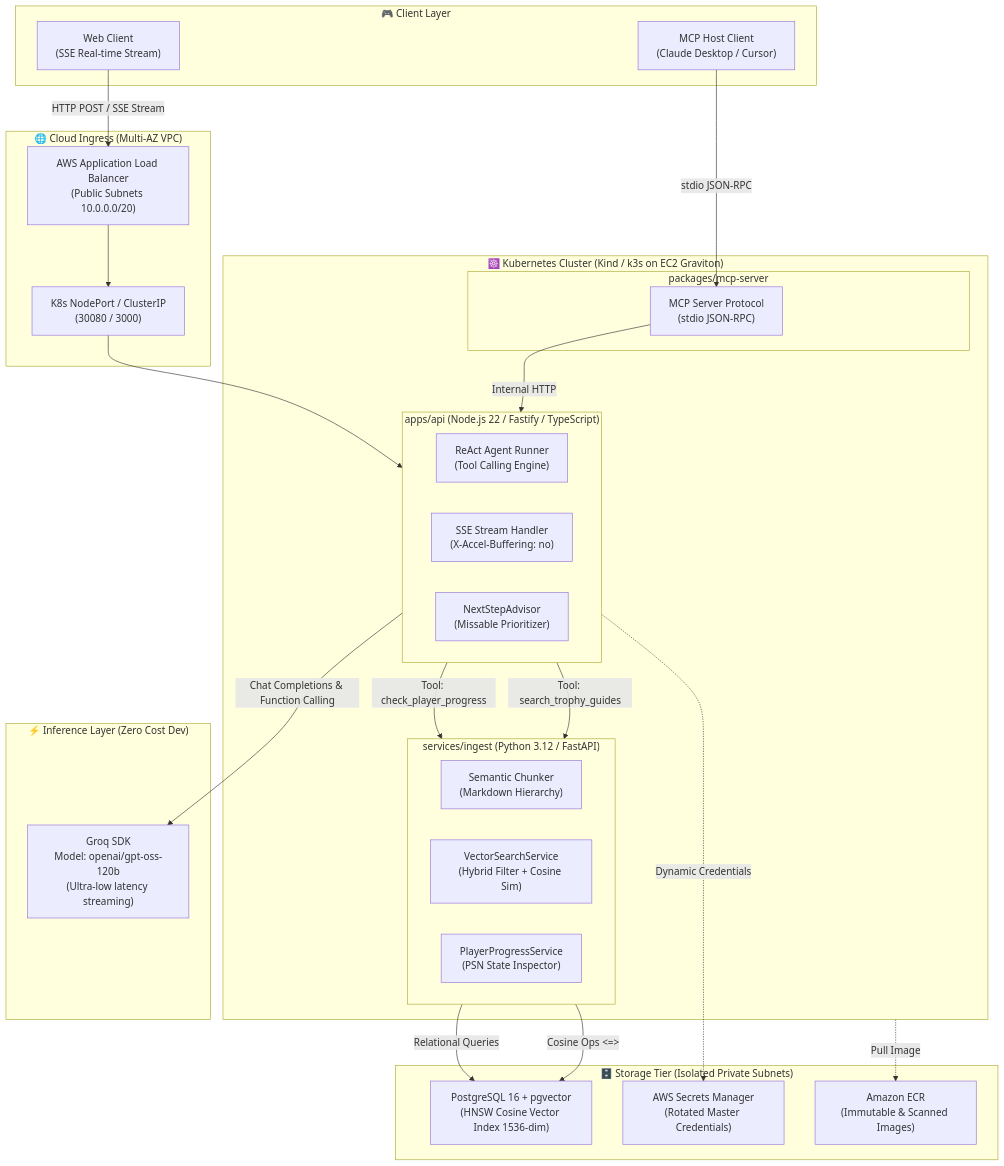
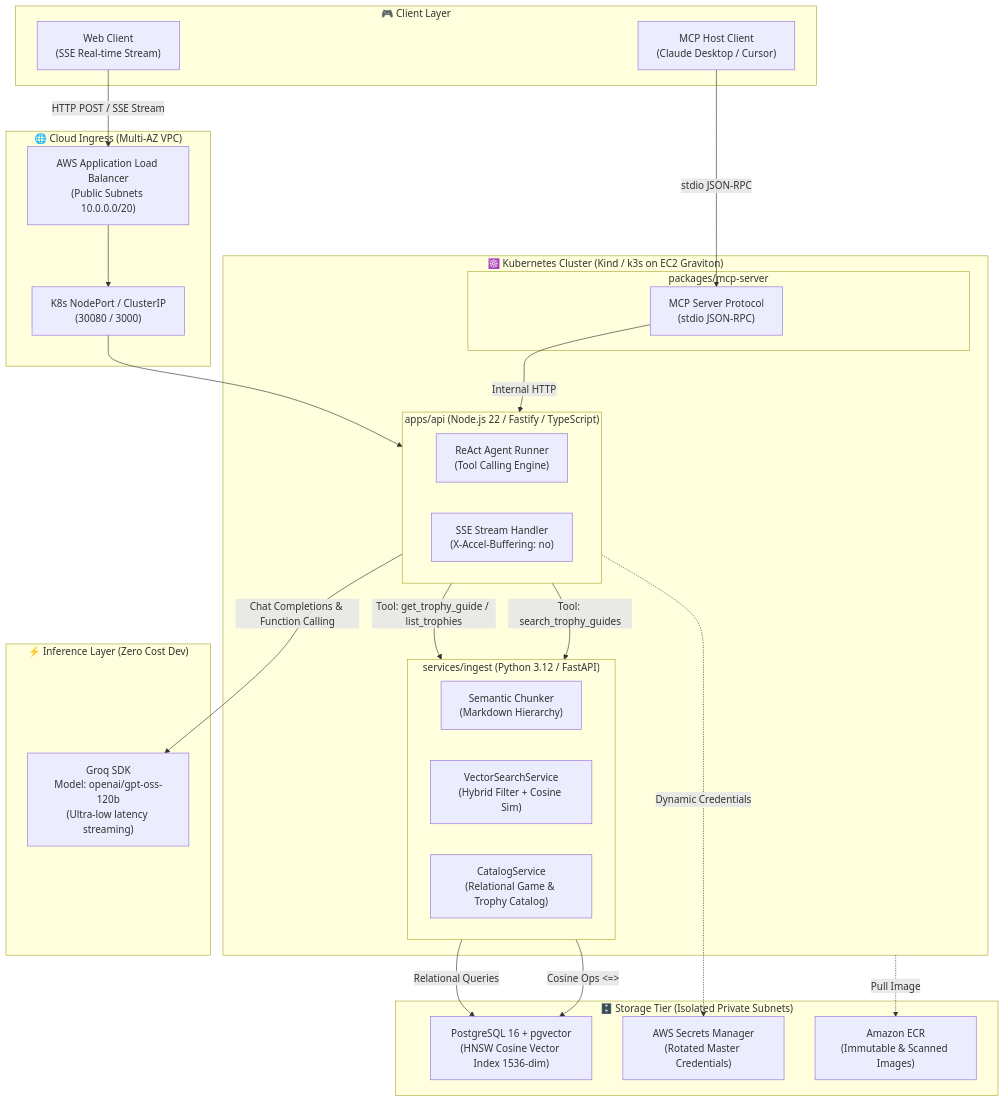
Before and after one commit to WeineOlliver/platina-ai: the diagram in README.md, drawn with Mermaid. The commit also changed other lines of this file and 66 other files, not shown here.

Commit message:
refactor: remove PSN integration, player progress, and third-party data tracking

````diff
--- a/README.md
+++ b/README.md
@@ -37,55 +37,54 @@
 ```mermaid
 graph TB
   subgraph Clients [" 🎮 Client Layer "]
     Browser["Web Client<br/>(SSE Real-time Stream)"]
     MCPClient["MCP Host Client<br/>(Claude Desktop / Cursor)"]
   end
 
   subgraph Ingress [" 🌐 Cloud Ingress (Multi-AZ VPC) "]
     ALB["AWS Application Load Balancer<br/>(Public Subnets 10.0.0.0/20)"]
     K8sService["K8s NodePort / ClusterIP<br/>(30080 / 3000)"]
   end
 
   subgraph K8sCluster [" ☸️ Kubernetes Cluster (Kind / k3s on EC2 Graviton) "]
     subgraph APITier [" apps/api (Node.js 22 / Fastify / TypeScript) "]
       AgentRunner["ReAct Agent Runner<br/>(Tool Calling Engine)"]
       SSEHandler["SSE Stream Handler<br/>(X-Accel-Buffering: no)"]
-      Advisor["NextStepAdvisor<br/>(Missable Prioritizer)"]
     end
 
     subgraph MCPTier [" packages/mcp-server "]
       MCPServer["MCP Server Protocol<br/>(stdio JSON-RPC)"]
     end
 
     subgraph IngestTier [" services/ingest (Python 3.12 / FastAPI) "]
       Chunker["Semantic Chunker<br/>(Markdown Hierarchy)"]
       VectorSearch["VectorSearchService<br/>(Hybrid Filter + Cosine Sim)"]
-      PlayerSvc["PlayerProgressService<br/>(PSN State Inspector)"]
+      CatalogSvc["CatalogService<br/>(Relational Game & Trophy Catalog)"]
     end
   end
 
   subgraph AIProvider [" ⚡ Inference Layer (Zero Cost Dev) "]
     Groq["Groq SDK<br/>Model: openai/gpt-oss-120b<br/>(Ultra-low latency streaming)"]
   end
 
   subgraph StorageTier [" 🗄️ Storage Tier (Isolated Private Subnets) "]
     RDS["PostgreSQL 16 + pgvector<br/>(HNSW Cosine Vector Index 1536-dim)"]
     Secrets["AWS Secrets Manager<br/>(Rotated Master Credentials)"]
     ECR["Amazon ECR<br/>(Immutable & Scanned Images)"]
   end
 
   Browser -->|HTTP POST / SSE Stream| ALB
   MCPClient -->|stdio JSON-RPC| MCPServer
   MCPServer -->|Internal HTTP| APITier
   ALB --> K8sService
   K8sService --> APITier
 
   APITier -->|Tool: search_trophy_guides| IngestTier
-  APITier -->|Tool: check_player_progress| IngestTier
+  APITier -->|Tool: get_trophy_guide / list_trophies| IngestTier
   APITier -->|Chat Completions & Function Calling| Groq
 
   IngestTier -->|Cosine Ops <=>| RDS
   IngestTier -->|Relational Queries| RDS
   APITier -.->|Dynamic Credentials| Secrets
   K8sCluster -.->|Pull Image| ECR
 ```
````
